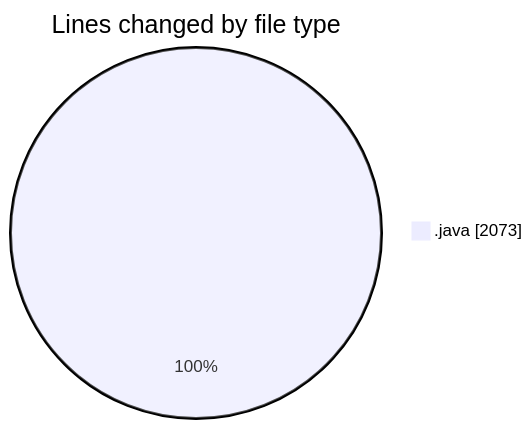
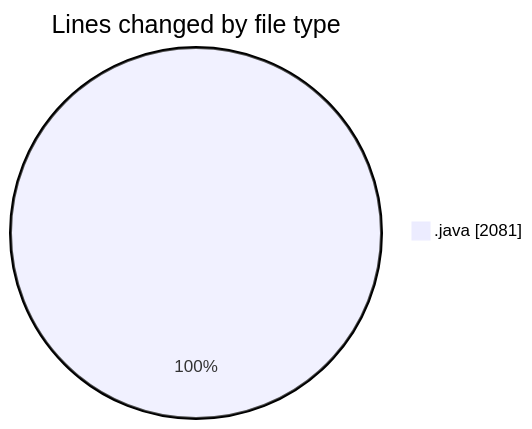
Before and after one commit to ricardozamudiocil/code-tracking: the first of 2 diagrams in 2026-09-08/cilapp/README.md, drawn with Mermaid. The commit also changed other lines of this file and 1 other file, not shown here.

````diff
--- a/2026-09-08/cilapp/README.md
+++ b/2026-09-08/cilapp/README.md
@@ -22,5 +22,5 @@
 ```mermaid
 pie showData
 title Lines changed by file type
-".java" : 2073
+".java" : 2081
 ```
````
